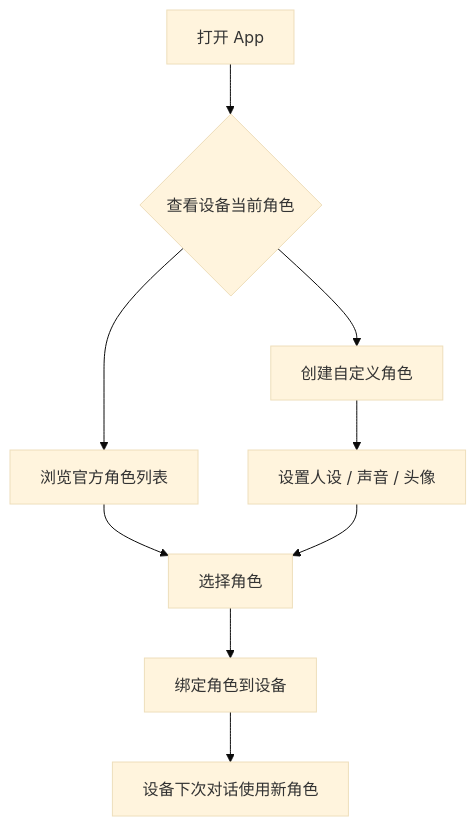
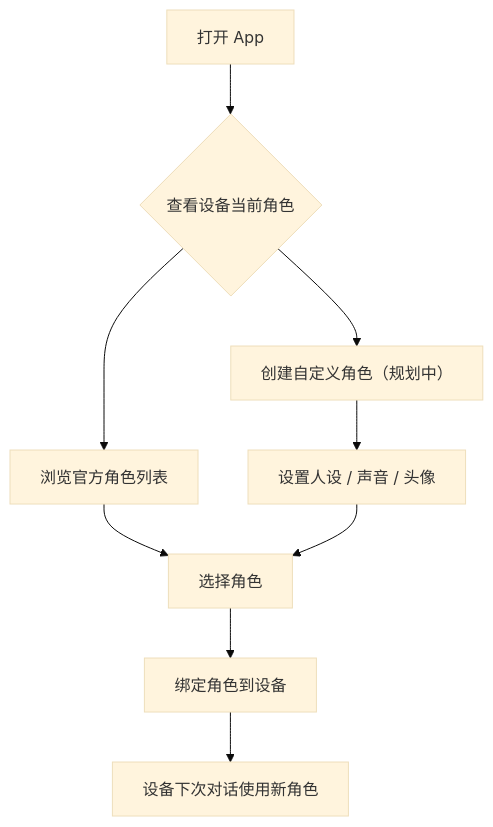
One commit to sentino-jp/iot-docs changed the fifth of 7 diagrams in solution-ai-toy.md. Above: the diagram before and after it, drawn with Mermaid (base theme). The commit also changed other lines of this file and 9 other files, not shown here.

````diff
--- a/solution-ai-toy.md
+++ b/solution-ai-toy.md
@@ -167,11 +167,11 @@
 ```mermaid
 flowchart TD
     A["打开 App"] --> B{"查看设备当前角色"}
     B --> C["浏览官方角色列表"]
-    B --> D["创建自定义角色"]
+    B --> D["创建自定义角色（规划中）"]
     C --> E["选择角色"]
     D --> F["设置人设 / 声音 / 头像"]
     F --> E
     E --> G["绑定角色到设备"]
     G --> H["设备下次对话使用新角色"]
 ```
````
